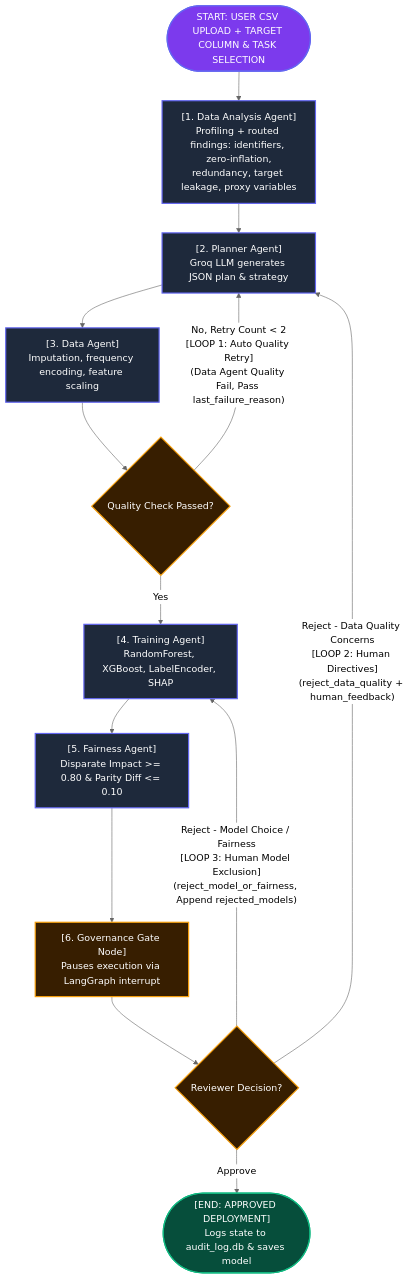
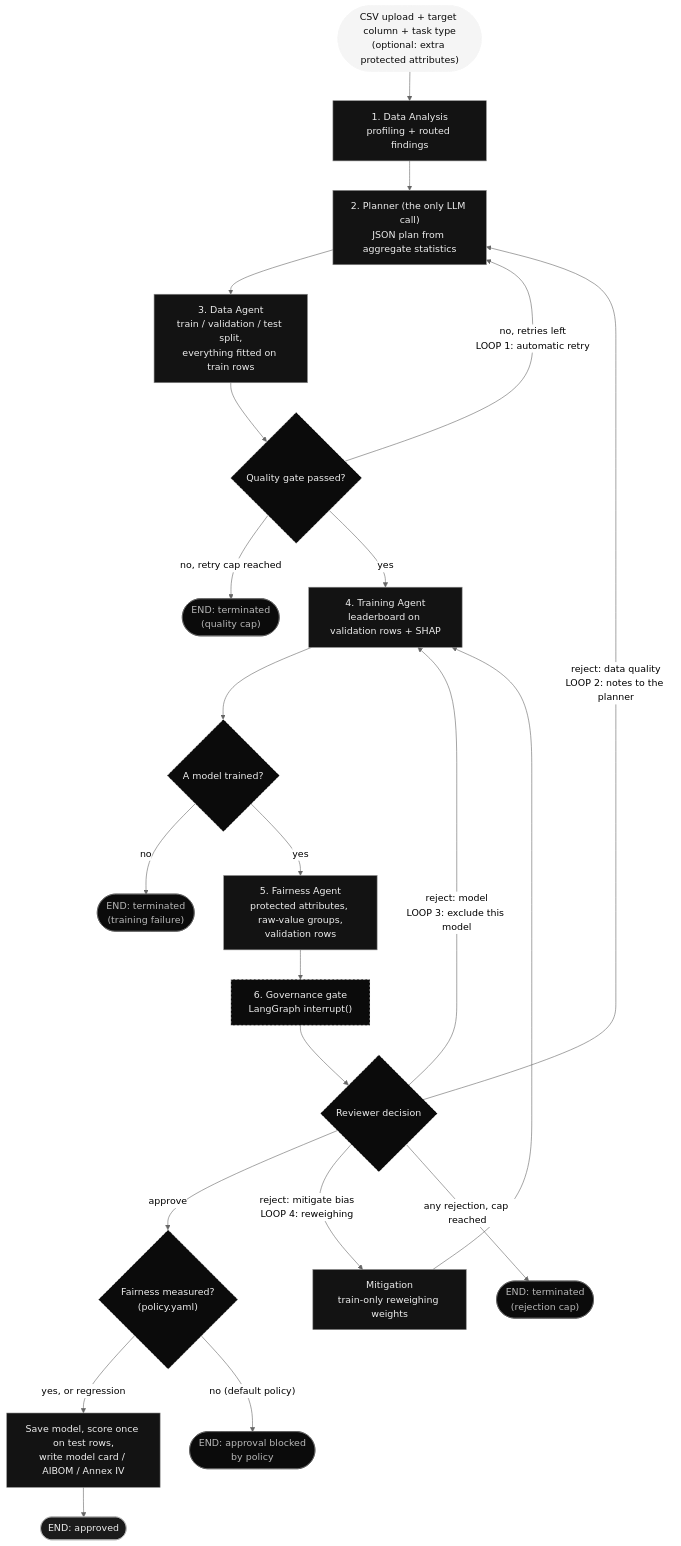
One commit to chenduran-nag/AegisML changed the diagram in README.md. Above: the diagram before and after it, drawn with Mermaid (neutral theme). The commit also changed other lines of this file and 21 other files, not shown here.

````diff
--- a/README.md
+++ b/README.md
@@ -28,29 +29,40 @@
 ```mermaid
 flowchart TD
-    START(["START: USER CSV UPLOAD + TARGET COLUMN & TASK SELECTION"]) --> EDA["[1. Data Analysis Agent]<br/>Profiling + routed findings: identifiers, zero-inflation,<br/>redundancy, target leakage, proxy variables"]
-    EDA --> PLAN["[2. Planner Agent]<br/>Groq LLM generates JSON plan & strategy"]
-    PLAN --> DATA["[3. Data Agent]<br/>Imputation, frequency encoding, feature scaling"]
-    DATA --> CHECK{"Quality Check Passed?"}
-    
-    CHECK -- "No, Retry Count < 2<br/>[LOOP 1: Auto Quality Retry]<br/>(Data Agent Quality Fail, Pass last_failure_reason)" --> PLAN
-    CHECK -- "Yes" --> TRAIN["[4. Training Agent]<br/>RandomForest, XGBoost, LabelEncoder, SHAP"]
-    
-    TRAIN --> FAIR["[5. Fairness Agent]<br/>Disparate Impact >= 0.80 & Parity Diff <= 0.10"]
-    FAIR --> GATE["[6. Governance Gate Node]<br/>Pauses execution via LangGraph interrupt"]
-    
-    GATE --> DECISION{"Reviewer Decision?"}
-    
-    DECISION -- "Approve" --> END(["[END: APPROVED DEPLOYMENT]<br/>Logs state to audit_log.db & saves model"])
-    DECISION -- "Reject - Data Quality Concerns<br/>[LOOP 2: Human Directives]<br/>(reject_data_quality + human_feedback)" --> PLAN
-    DECISION -- "Reject - Model Choice / Fairness<br/>[LOOP 3: Human Model Exclusion]<br/>(reject_model_or_fairness, Append rejected_models)" --> TRAIN
+    START(["CSV upload + target column + task type<br/>(optional: extra protected attributes)"]) --> EDA["1. Data Analysis<br/>profiling + routed findings"]
+    EDA --> PLAN["2. Planner (the only LLM call)<br/>JSON plan from aggregate statistics"]
+    PLAN --> DATA["3. Data Agent<br/>train / validation / test split,<br/>everything fitted on train rows"]
+    DATA --> CHECK{"Quality gate passed?"}
 
-    classDef startNode fill:#7c3aed,stroke:#6366f1,stroke-width:2px,color:#fff;
-    classDef agentNode fill:#1e293b,stroke:#6366f1,stroke-width:2px,color:#fff;
-    classDef gateNode fill:#371e00,stroke:#f59e0b,stroke-width:2px,color:#fff;
-    classDef endNode fill:#064e3b,stroke:#10b981,stroke-width:2px,color:#fff;
-    
+    CHECK -- "no, retries left<br/>LOOP 1: automatic retry" --> PLAN
+    CHECK -- "no, retry cap reached" --> QCAP(["END: terminated<br/>(quality cap)"])
+    CHECK -- "yes" --> TRAIN["4. Training Agent<br/>leaderboard on validation rows + SHAP"]
+
+    TRAIN --> TRAINED{"A model trained?"}
+    TRAINED -- "no" --> TFAIL(["END: terminated<br/>(training failure)"])
+    TRAINED -- "yes" --> FAIR["5. Fairness Agent<br/>protected attributes, raw-value groups,<br/>validation rows"]
+    FAIR --> GATE["6. Governance gate<br/>LangGraph interrupt()"]
+
+    GATE --> DECISION{"Reviewer decision"}
+
+    DECISION -- "approve" --> BLOCK{"Fairness measured?<br/>(policy.yaml)"}
+    BLOCK -- "yes, or regression" --> SAVE["Save model, score once on test rows,<br/>write model card / AIBOM / Annex IV"]
+    SAVE --> DONE(["END: approved"])
+    BLOCK -- "no (default policy)" --> BLOCKED(["END: approval blocked<br/>by policy"])
+    DECISION -- "reject: data quality<br/>LOOP 2: notes to the planner" --> PLAN
+    DECISION -- "reject: model<br/>LOOP 3: exclude this model" --> TRAIN
+    DECISION -- "reject: mitigate bias<br/>LOOP 4: reweighing" --> MIT["Mitigation<br/>train-only reweighing weights"]
+    MIT --> TRAIN
+    DECISION -- "any rejection, cap reached" --> HCAP(["END: terminated<br/>(rejection cap)"])
+
+    classDef startNode fill:#f5f5f5,stroke:#f5f5f5,color:#0b0b0b;
+    classDef agentNode fill:#131313,stroke:#8a8a8a,color:#ededed;
+    classDef gateNode fill:#0b0b0b,stroke:#f5f5f5,stroke-dasharray:4 3,color:#ededed;
+    classDef endNode fill:#1b1b1b,stroke:#b8b8b8,color:#ededed;
+    classDef stopNode fill:#0b0b0b,stroke:#5e5e5e,color:#b8b8b8;
+
     class START startNode;
-    class EDA,PLAN,DATA,TRAIN,FAIR agentNode;
-    class GATE,CHECK,DECISION gateNode;
-    class END endNode;
+    class EDA,PLAN,DATA,TRAIN,FAIR,MIT,SAVE agentNode;
+    class GATE,CHECK,TRAINED,DECISION,BLOCK gateNode;
+    class DONE endNode;
+    class QCAP,TFAIL,HCAP,BLOCKED stopNode;
 ```
````
